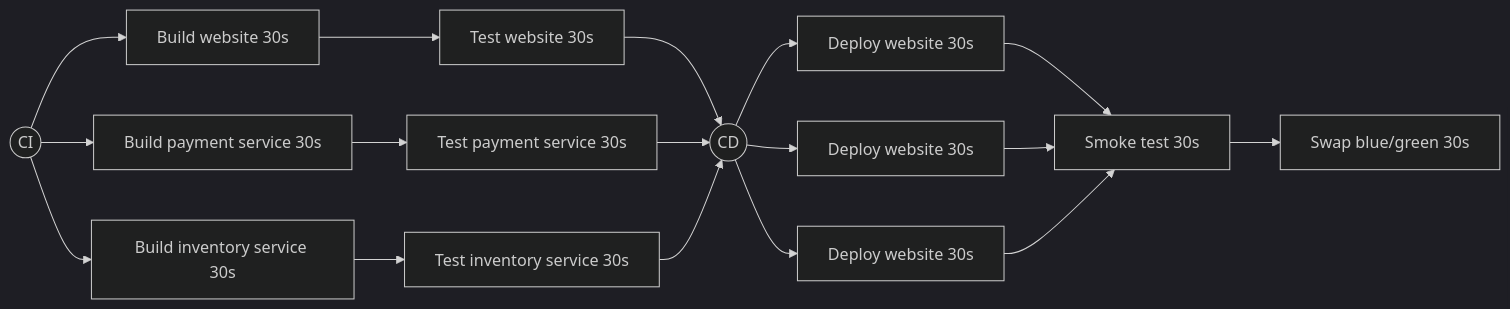
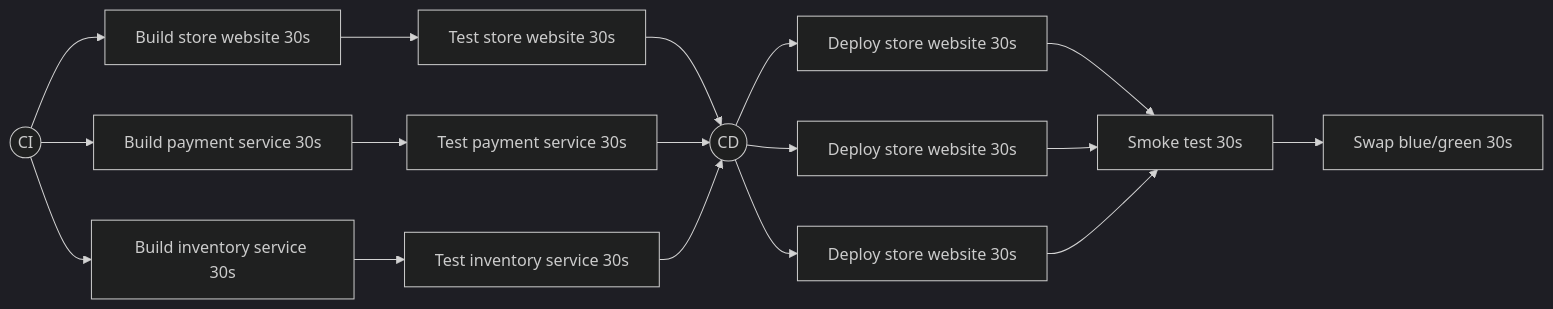
One commit to samsmithnz/ParallelPipelinesDemo changed the second of 2 diagrams in README.md. Above: the diagram before and after it, drawn with Mermaid (dark theme). The commit also changed other lines of this file, not shown here.

````diff
--- a/README.md
+++ b/README.md
@@ -12,10 +12,10 @@
 ```mermaid
   graph LR;
-      ci((CI))-->buildWeb[Build website 30s]-->testWeb[Test website 30s]-->cd((CD));
+      ci((CI))-->buildWeb[Build store website 30s]-->testWeb[Test store website 30s]-->cd((CD));
       ci((CI))-->buildPay[Build payment service 30s]-->testPay[Test payment service 30s]-->cd((CD));
       ci((CI))-->buildInv[Build inventory service 30s]-->testInv[Test inventory service 30s]-->cd((CD));
-      cd((CD))-->deployWeb[Deploy website 30s]-->smoke[Smoke test 30s];
-      cd((CD))-->deployPay[Deploy website 30s]-->smoke[Smoke test 30s];
-      cd((CD))-->deployInv[Deploy website 30s]-->smoke[Smoke test 30s];
+      cd((CD))-->deployWeb[Deploy store website 30s]-->smoke[Smoke test 30s];
+      cd((CD))-->deployPay[Deploy store website 30s]-->smoke[Smoke test 30s];
+      cd((CD))-->deployInv[Deploy store website 30s]-->smoke[Smoke test 30s];
       smoke[Smoke test 30s]-->swap[Swap blue/green 30s];      
 ```
````
